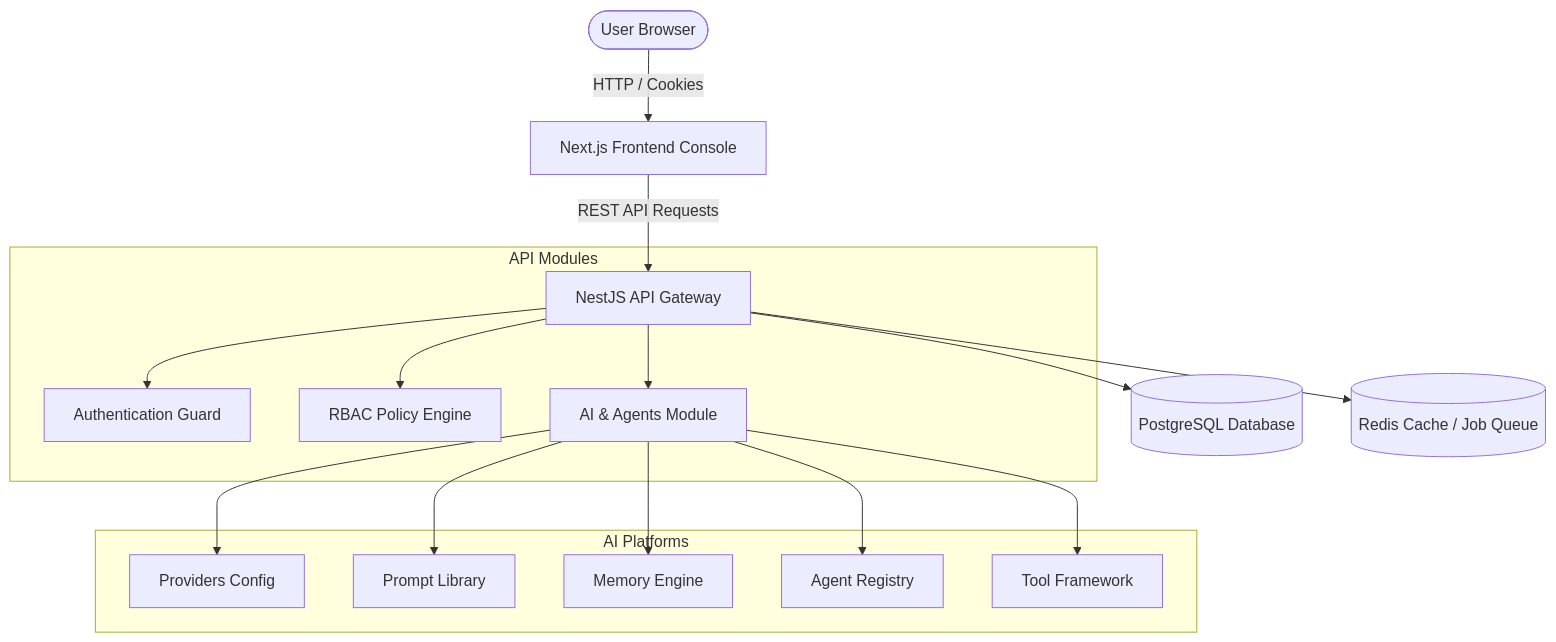
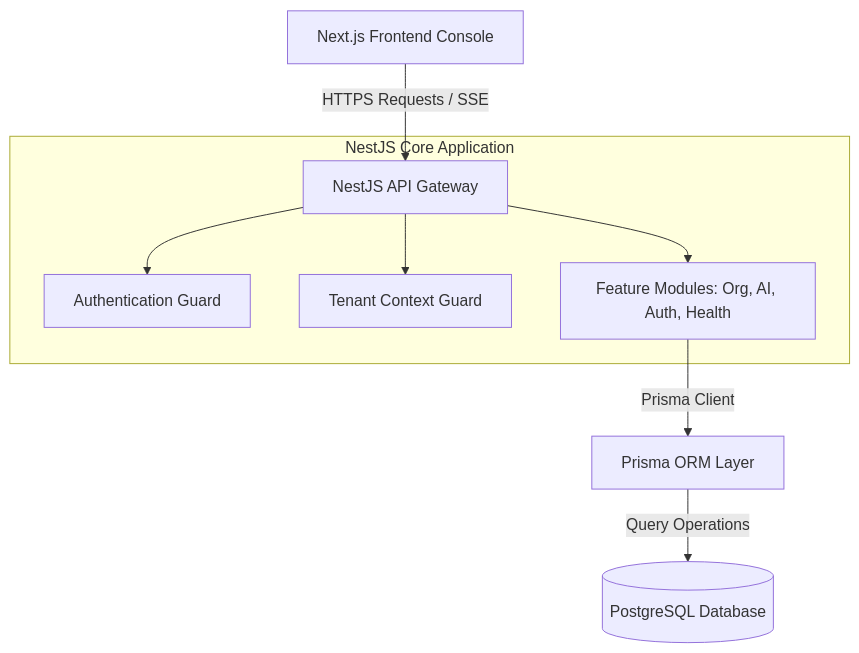
One commit to sadiab47/AIOps_Hub changed the first of 3 diagrams in docs/diagrams/system-architecture.md. Above: the diagram before and after it, drawn with Mermaid. The commit also changed other lines of this file and 241 other files, not shown here.

Commit message:
docs: polish AGENT-003 execution engine and update architecture diagrams

````diff
--- a/docs/diagrams/system-architecture.md
+++ b/docs/diagrams/system-architecture.md
@@ -3,22 +7,13 @@
 ```mermaid
 graph TD
-    Browser([User Browser]) -->|HTTP / Cookies| NextJS[Next.js Frontend Console]
-    NextJS -->|REST API Requests| API[NestJS API Gateway]
-    
-    subgraph API Modules
+    Frontend[Next.js Frontend Console] -->|HTTPS Requests / SSE| API[NestJS API Gateway]
+
+    subgraph NestJS Core Application
         API --> Auth[Authentication Guard]
-        API --> RBAC[RBAC Policy Engine]
-        API --> AI[AI & Agents Module]
+        API --> Tenant[Tenant Context Guard]
+        API --> Modules[Feature Modules: Org, AI, Auth, Health]
     end
 
-    subgraph AI Platforms
-        AI --> Providers[Providers Config]
-        AI --> Prompts[Prompt Library]
-        AI --> Memory[Memory Engine]
-        AI --> Registry[Agent Registry]
-        AI --> Tools[Tool Framework]
-    end
-
-    API --> DB[(PostgreSQL Database)]
-    API --> Cache[(Redis Cache / Job Queue)]
+    Modules -->|Prisma Client| Prisma[Prisma ORM Layer]
+    Prisma -->|Query Operations| DB[(PostgreSQL Database)]
 ```
````
